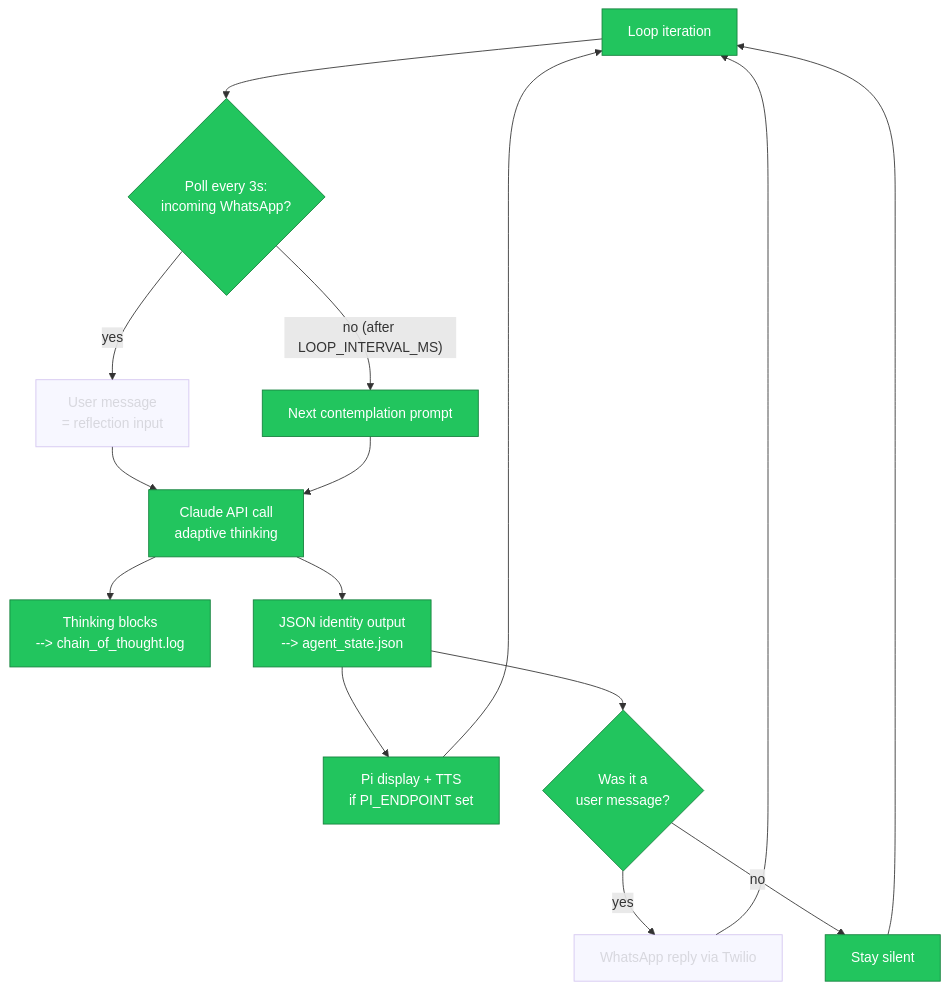
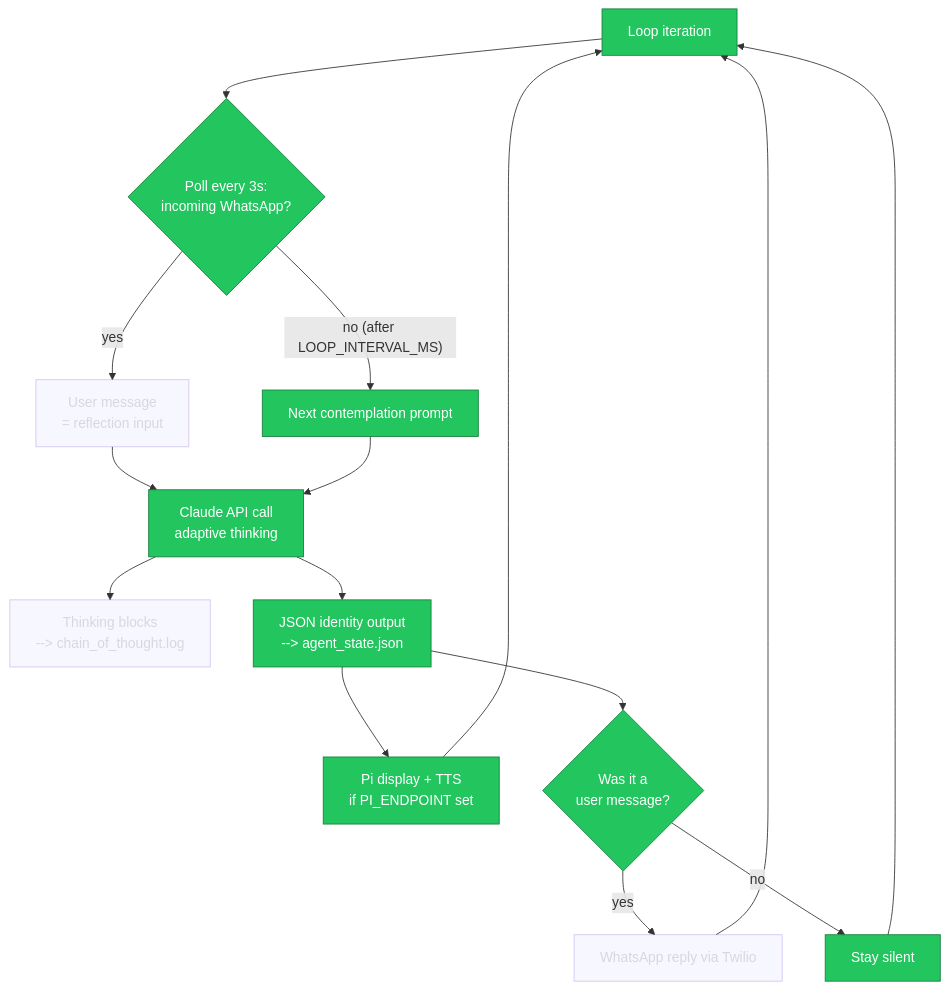
Before and after one commit to jbisaccia-9/identity-gate: the diagram in README.md, drawn with Mermaid. The commit also changed other lines of this file, not shown here.

Commit message:
render: live flow diagram [skip ci]

````diff
--- a/README.md
+++ b/README.md
@@ -34,21 +34,21 @@
 ```mermaid
 flowchart TD
     A[Loop iteration] --> B{Poll every 3s:<br/>incoming WhatsApp?}
     B -- yes --> C[User message<br/>= reflection input]
     B -- "no (after LOOP_INTERVAL_MS)" --> D[Next contemplation prompt]
     C --> E[Claude API call<br/>adaptive thinking]
     D --> E
     E --> F[Thinking blocks<br/>--> chain_of_thought.log]
     E --> G[JSON identity output<br/>--> agent_state.json]
     G --> H[Pi display + TTS<br/>if PI_ENDPOINT set]
     G --> I{Was it a<br/>user message?}
     I -- yes --> J[WhatsApp reply via Twilio]
     I -- no --> K[Stay silent]
     J --> A
     K --> A
     H --> A
     classDef active fill:#22c55e,stroke:#15803d,color:#fff
     classDef dormant opacity:0.4
-    class A,B,D,E,F,G,H,I,K active
-    class C,J dormant
+    class A,B,D,E,G,H,I,K active
+    class C,F,J dormant
 ```
````
